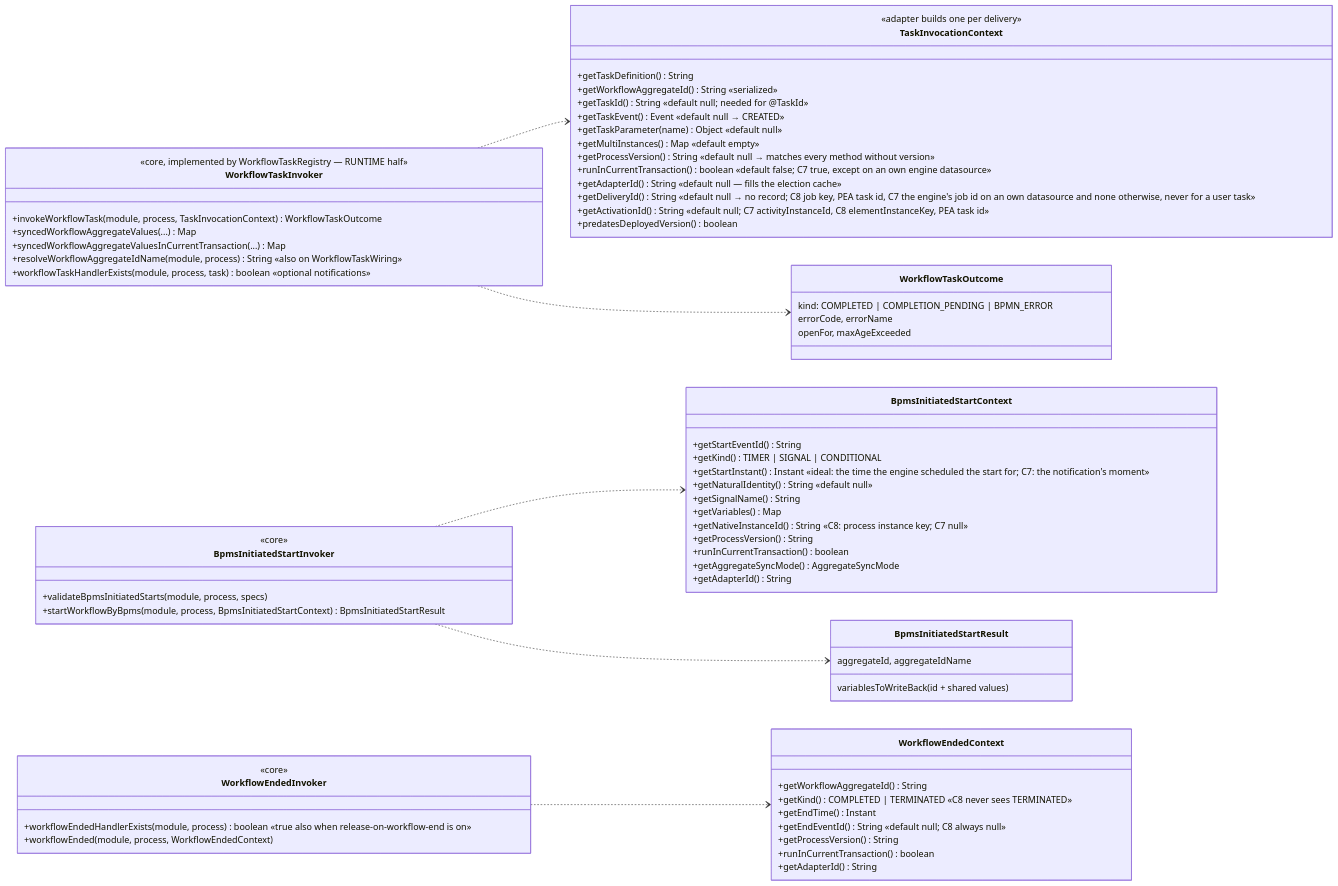
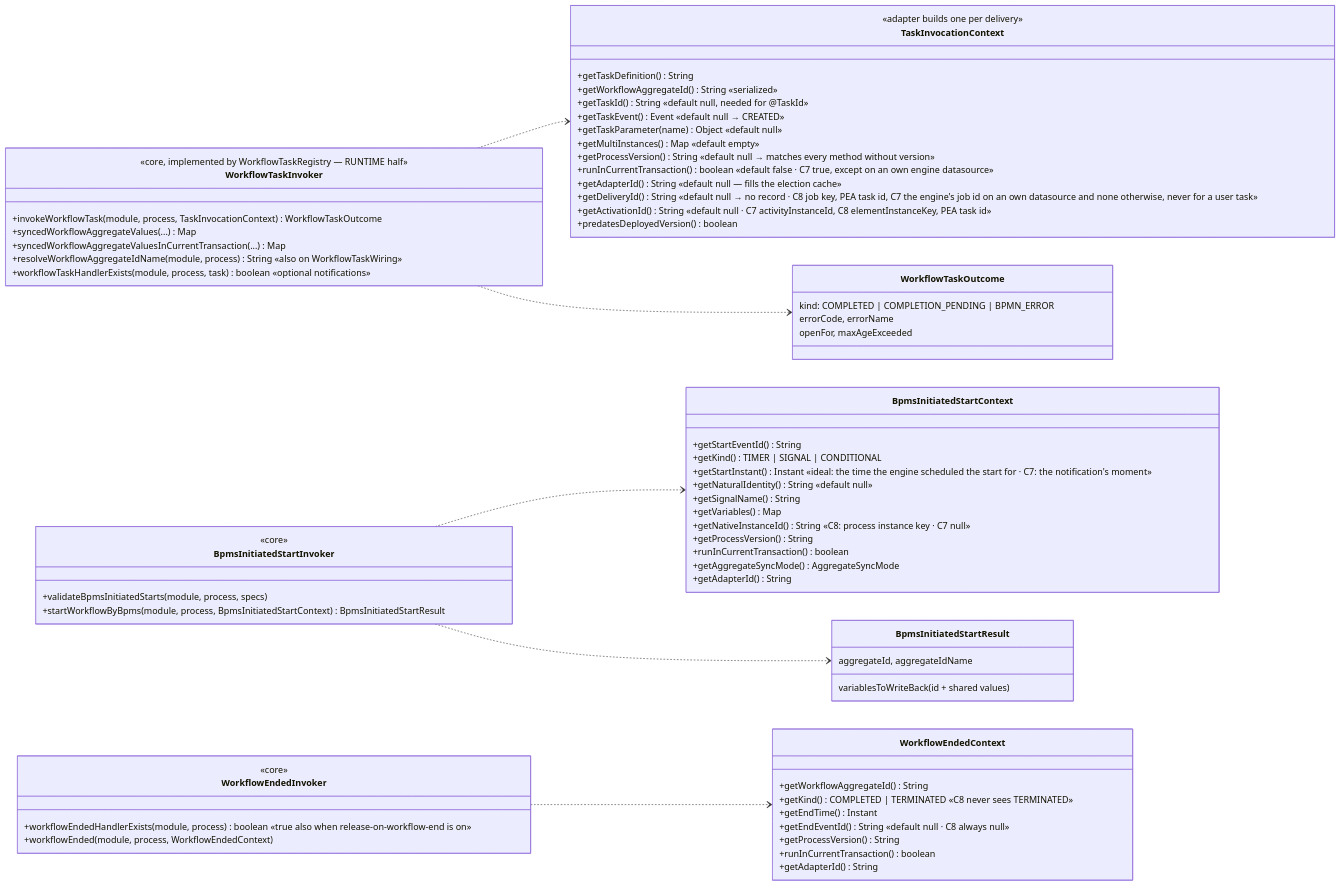
One commit to vanillabp/adapter-platform-integration changed the seventh of 15 diagrams in migration-adapter/README.md. Above: the diagram before and after it, drawn with Mermaid. The commit also changed other lines of this file, not shown here.

````diff
--- a/migration-adapter/README.md
+++ b/migration-adapter/README.md
@@ -746,73 +746,73 @@
 ```mermaid
 classDiagram
   direction LR
   class WorkflowTaskInvoker {
     <<core, implemented by WorkflowTaskRegistry — RUNTIME half>>
     +invokeWorkflowTask(module, process, TaskInvocationContext) WorkflowTaskOutcome
     +syncedWorkflowAggregateValues(...) Map
     +syncedWorkflowAggregateValuesInCurrentTransaction(...) Map
     +resolveWorkflowAggregateIdName(module, process) String  «also on WorkflowTaskWiring»
     +workflowTaskHandlerExists(module, process, task) boolean  «optional notifications»
   }
   class TaskInvocationContext {
     <<adapter builds one per delivery>>
     +getTaskDefinition() String
     +getWorkflowAggregateId() String  «serialized»
-    +getTaskId() String  «default null; needed for @TaskId»
+    +getTaskId() String  «default null, needed for @TaskId»
     +getTaskEvent() Event  «default null → CREATED»
     +getTaskParameter(name) Object  «default null»
     +getMultiInstances() Map  «default empty»
     +getProcessVersion() String  «default null → matches every method without version»
-    +runInCurrentTransaction() boolean  «default false; C7 true, except on an own engine datasource»
+    +runInCurrentTransaction() boolean  «default false · C7 true, except on an own engine datasource»
     +getAdapterId() String  «default null — fills the election cache»
-    +getDeliveryId() String  «default null → no record; C8 job key, PEA task id, C7 the engine's job id on an own datasource and none otherwise, never for a user task»
-    +getActivationId() String  «default null; C7 activityInstanceId, C8 elementInstanceKey, PEA task id»
+    +getDeliveryId() String  «default null → no record · C8 job key, PEA task id, C7 the engine's job id on an own datasource and none otherwise, never for a user task»
+    +getActivationId() String  «default null · C7 activityInstanceId, C8 elementInstanceKey, PEA task id»
     +predatesDeployedVersion() boolean
   }
   class WorkflowTaskOutcome {
     kind: COMPLETED | COMPLETION_PENDING | BPMN_ERROR
     errorCode, errorName
     openFor, maxAgeExceeded
   }
   class BpmsInitiatedStartInvoker {
     <<core>>
     +validateBpmsInitiatedStarts(module, process, specs)
     +startWorkflowByBpms(module, process, BpmsInitiatedStartContext) BpmsInitiatedStartResult
   }
   class BpmsInitiatedStartContext {
     +getStartEventId() String
     +getKind() TIMER | SIGNAL | CONDITIONAL
-    +getStartInstant() Instant  «ideal: the time the engine scheduled the start for; C7: the notification's moment»
+    +getStartInstant() Instant  «ideal: the time the engine scheduled the start for · C7: the notification's moment»
     +getNaturalIdentity() String  «default null»
     +getSignalName() String
     +getVariables() Map
-    +getNativeInstanceId() String  «C8: process instance key; C7 null»
+    +getNativeInstanceId() String  «C8: process instance key · C7 null»
     +getProcessVersion() String
     +runInCurrentTransaction() boolean
     +getAggregateSyncMode() AggregateSyncMode
     +getAdapterId() String
   }
   class BpmsInitiatedStartResult {
     aggregateId, aggregateIdName
     variablesToWriteBack (id + shared values)
   }
   class WorkflowEndedInvoker {
     <<core>>
     +workflowEndedHandlerExists(module, process) boolean  «true also when release-on-workflow-end is on»
     +workflowEnded(module, process, WorkflowEndedContext)
   }
   class WorkflowEndedContext {
     +getWorkflowAggregateId() String
     +getKind() COMPLETED | TERMINATED  «C8 never sees TERMINATED»
     +getEndTime() Instant
-    +getEndEventId() String  «default null; C8 always null»
+    +getEndEventId() String  «default null · C8 always null»
     +getProcessVersion() String
     +runInCurrentTransaction() boolean
     +getAdapterId() String
   }
   WorkflowTaskInvoker ..> TaskInvocationContext
   WorkflowTaskInvoker ..> WorkflowTaskOutcome
   BpmsInitiatedStartInvoker ..> BpmsInitiatedStartContext
   BpmsInitiatedStartInvoker ..> BpmsInitiatedStartResult
   WorkflowEndedInvoker ..> WorkflowEndedContext
 ```
````
